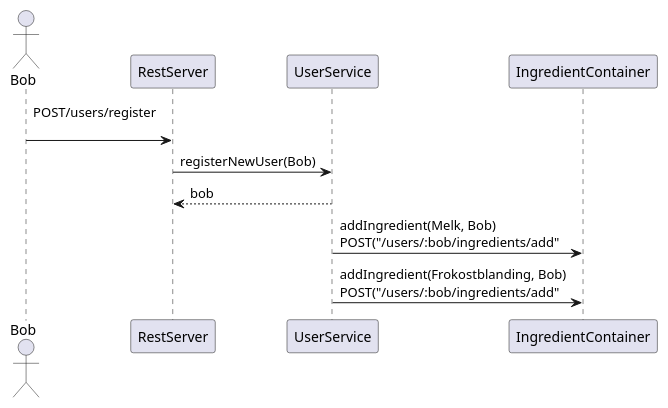
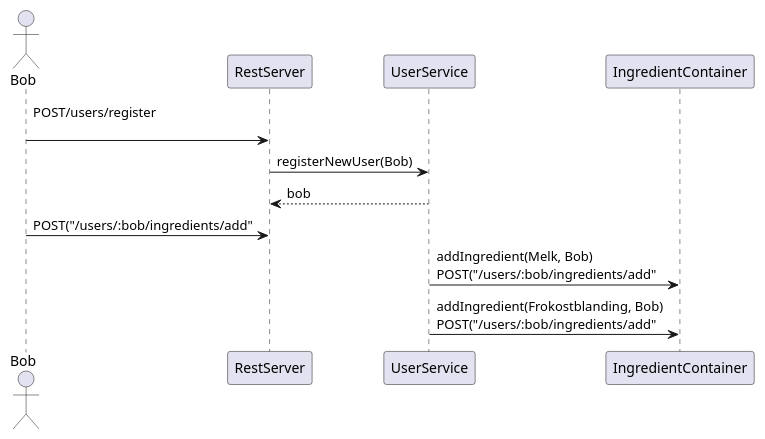
One commit to joonerik/dinnerium changed the diagram in documentation/diagrams/sequence_diagram.wsd. Above: the diagram before and after it, drawn with PlantUML.

Commit message:
more additions

```diff
--- a/documentation/diagrams/sequence_diagram.wsd
+++ b/documentation/diagrams/sequence_diagram.wsd
@@ -1,12 +1,12 @@
 @startuml sequence_diagram
 actor Bob
 Bob -> RestServer: POST/users/register\n
 RestServer -> UserService: registerNewUser(Bob)
 UserService --> RestServer: bob
 
+Bob -> RestServer: POST("/users/:bob/ingredients/add"
 UserService -> IngredientContainer: addIngredient(Melk, Bob)\nPOST("/users/:bob/ingredients/add"
 UserService -> IngredientContainer: addIngredient(Frokostblanding, Bob)\nPOST("/users/:bob/ingredients/add"
 
 
-
 @enduml
```
